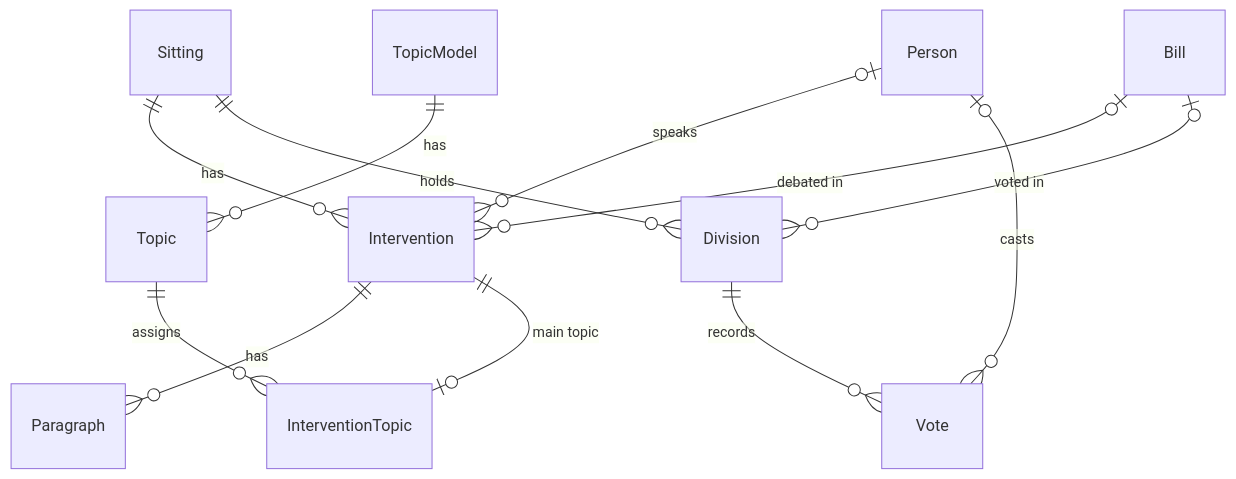
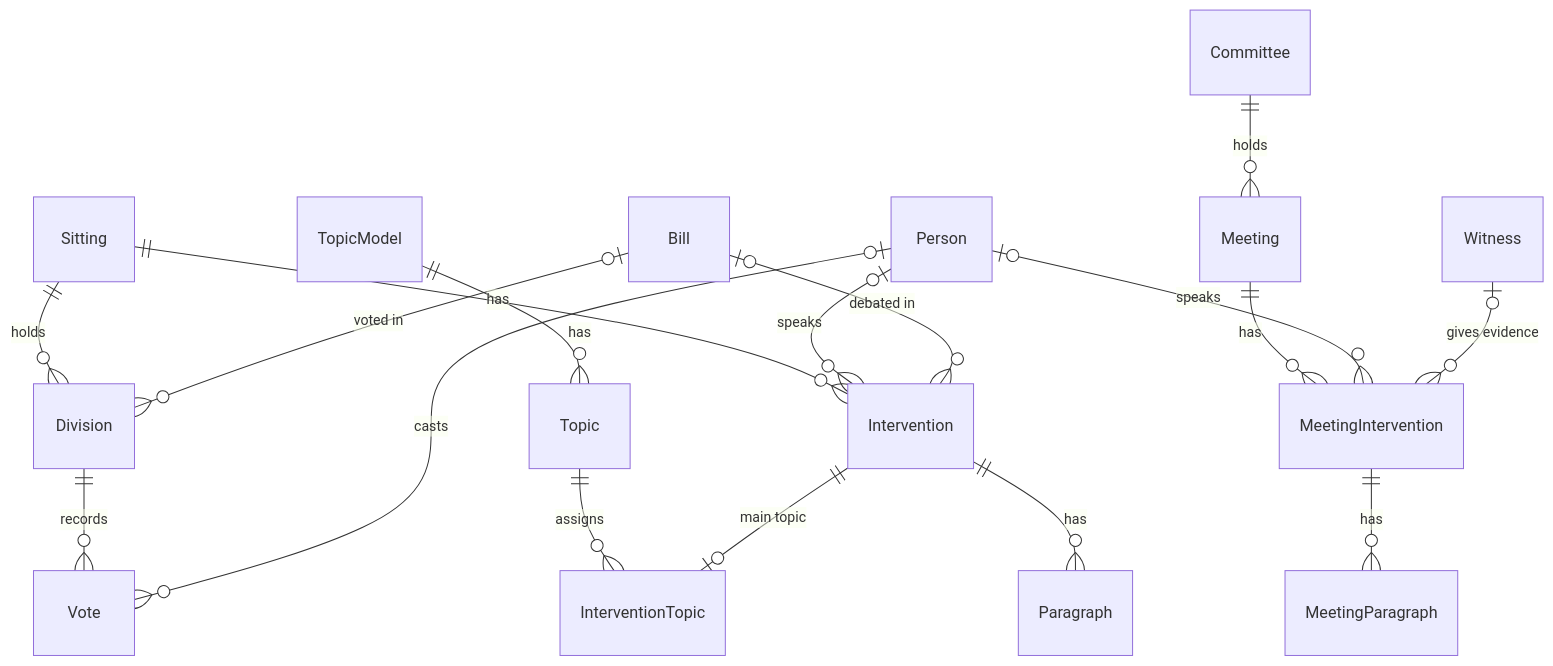
Before and after one commit to omarfaruqe/hansardlens: the second of 2 diagrams in docs/ARCHITECTURE.md, drawn with Mermaid. The commit also changed other lines of this file and 13 other files, not shown here.

````diff
--- a/docs/ARCHITECTURE.md
+++ b/docs/ARCHITECTURE.md
@@ -38,14 +42,19 @@
 ```mermaid
 erDiagram
     Sitting ||--o{ Intervention : has
     Person |o--o{ Intervention : speaks
     Intervention ||--o{ Paragraph : has
     TopicModel ||--o{ Topic : has
     Topic ||--o{ InterventionTopic : assigns
     Intervention ||--o| InterventionTopic : "main topic"
     Sitting ||--o{ Division : holds
     Division ||--o{ Vote : records
     Person |o--o{ Vote : casts
     Bill |o--o{ Intervention : "debated in"
     Bill |o--o{ Division : "voted in"
+    Committee ||--o{ Meeting : holds
+    Meeting ||--o{ MeetingIntervention : has
+    MeetingIntervention ||--o{ MeetingParagraph : has
+    Person |o--o{ MeetingIntervention : speaks
+    Witness |o--o{ MeetingIntervention : "gives evidence"
 ```
````
